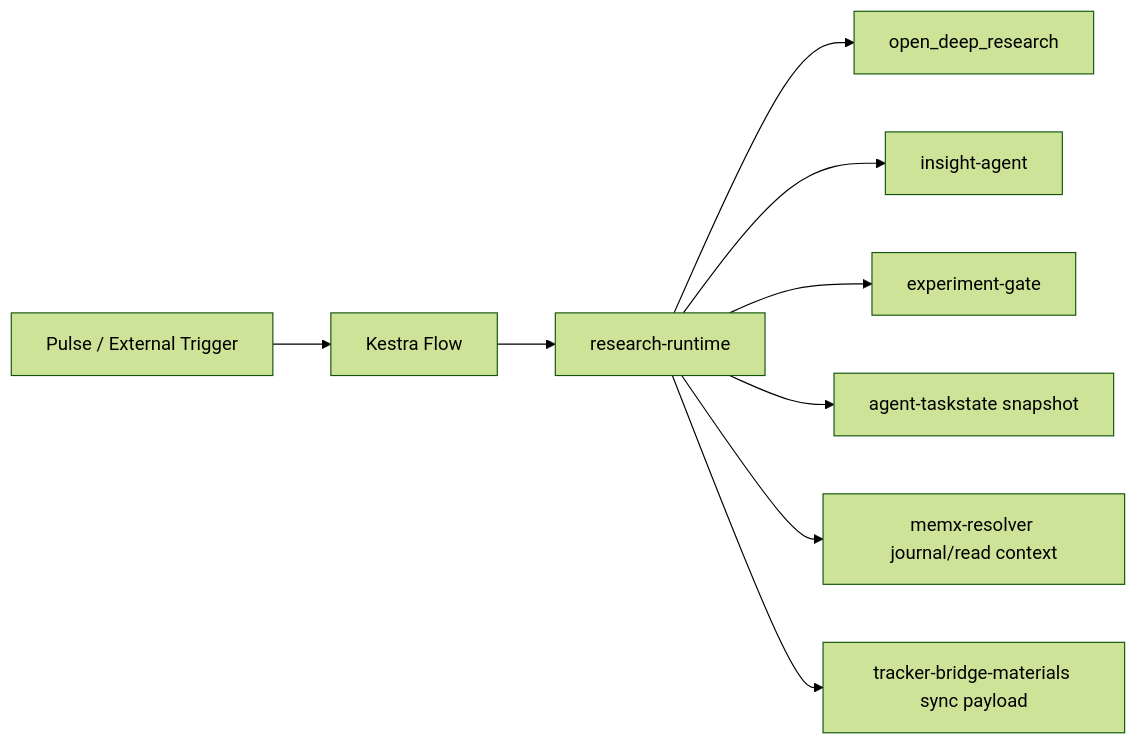
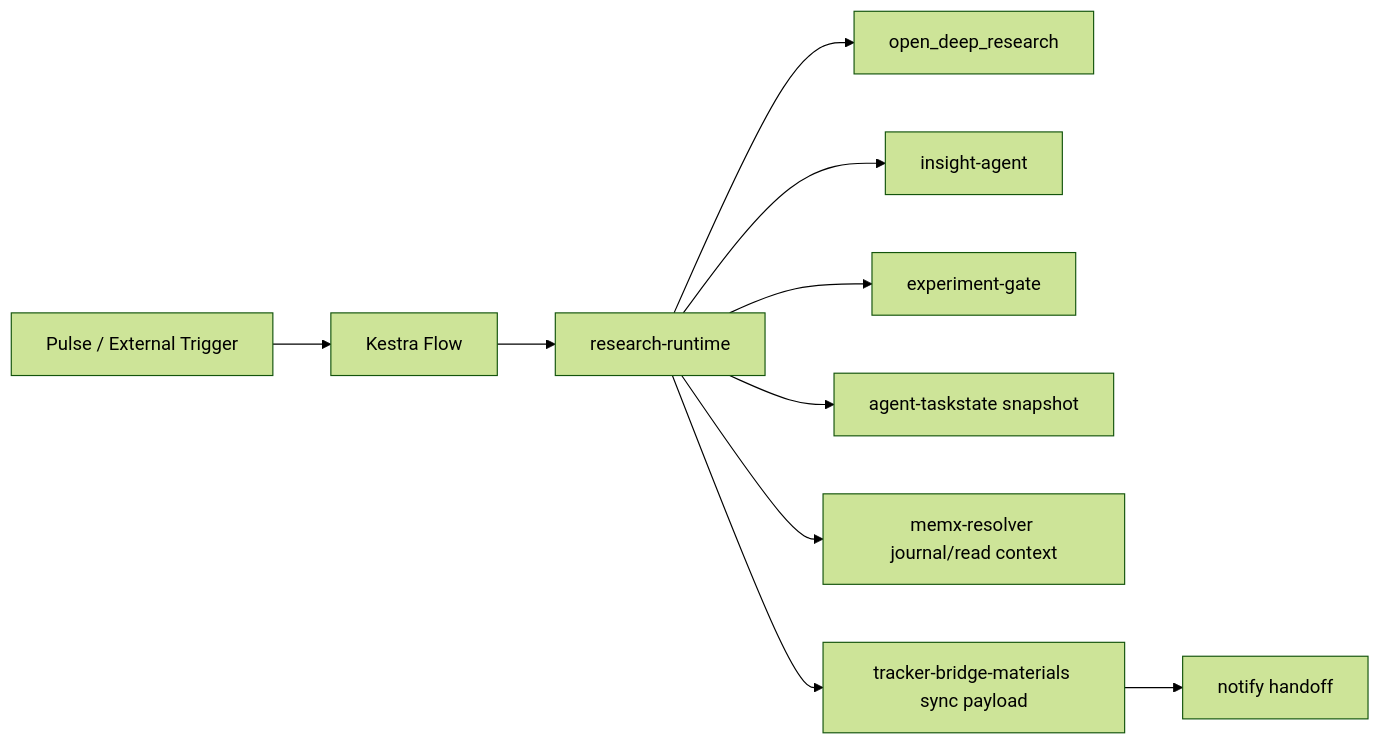
One commit to RNA4219/RanD changed the diagram in docs/specification.md. Above: the diagram before and after it, drawn with Mermaid (forest theme). The commit also changed other lines of this file and 7 other files, not shown here.

````diff
--- a/docs/specification.md
+++ b/docs/specification.md
@@ -22,11 +22,12 @@
 ```mermaid
 flowchart LR
     A["Pulse / External Trigger"] --> B["Kestra Flow"]
     B --> C["research-runtime"]
     C --> D["open_deep_research"]
     C --> E["insight-agent"]
     C --> F["experiment-gate"]
     C --> G["agent-taskstate snapshot"]
     C --> H["memx-resolver journal/read context"]
     C --> I["tracker-bridge-materials sync payload"]
+    I --> J["notify handoff"]
 ```
````
